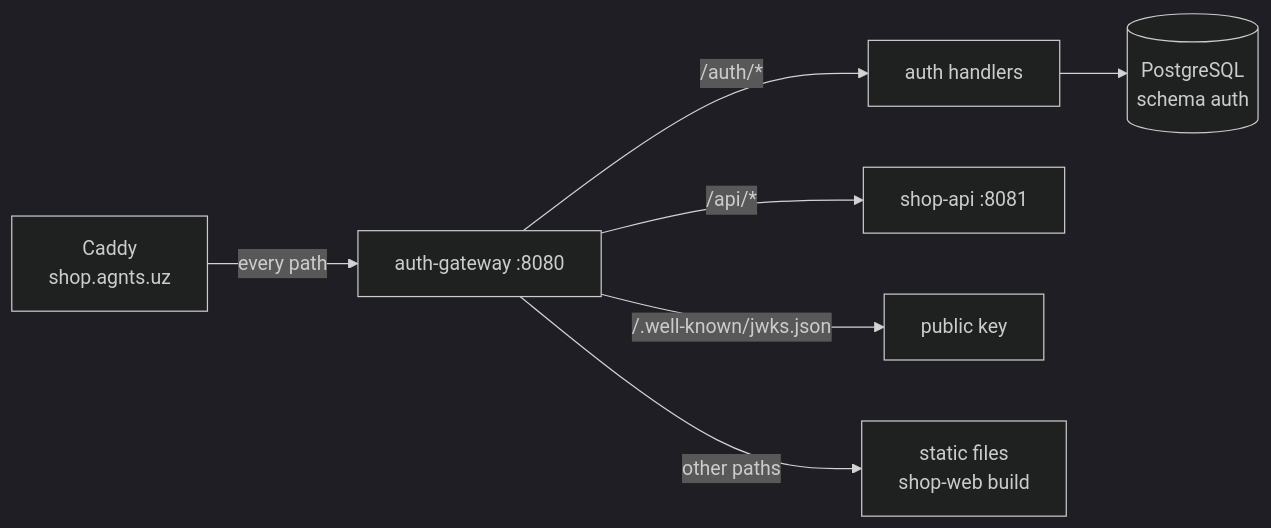
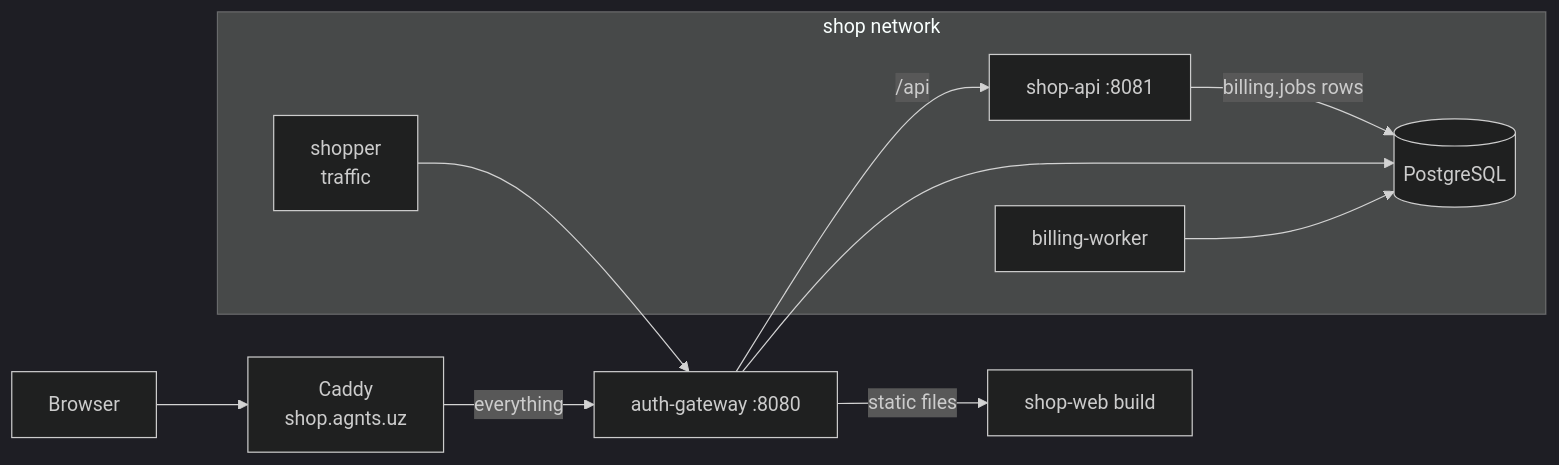
The diagram in Implementation plan.md (abdusalomovrustambek/shop-api), drawn with Mermaid (dark theme) before and after one commit. The commit also changed other lines of this file, not shown here.

````diff
--- a/Implementation plan.md
+++ b/Implementation plan.md
@@ -20,9 +20,17 @@
 ```mermaid
 flowchart LR
-  C[Caddy<br/>shop.agnts.uz] -- every path --> G[auth-gateway :8080]
-  G -- /auth/* --> H[auth handlers]
-  H --> P[(PostgreSQL<br/>schema auth)]
-  G -- /api/* --> A[shop-api :8081]
-  G -- /.well-known/jwks.json --> K[public key]
-  G -- other paths --> F[static files<br/>shop-web build]
+  B[Browser] --> C[Caddy<br/>shop.agnts.uz]
+  C -- everything --> G[auth-gateway :8080]
+  G -- static files --> W[shop-web build]
+  G -- /api --> A[shop-api :8081]
+  A -- billing.jobs rows --> P[(PostgreSQL)]
+  G --> P
+  BW[billing-worker] --> P
+  S[shopper<br/>traffic] --> G
+  subgraph shop network
+    A
+    P
+    BW
+    S
+  end
 ```
````
